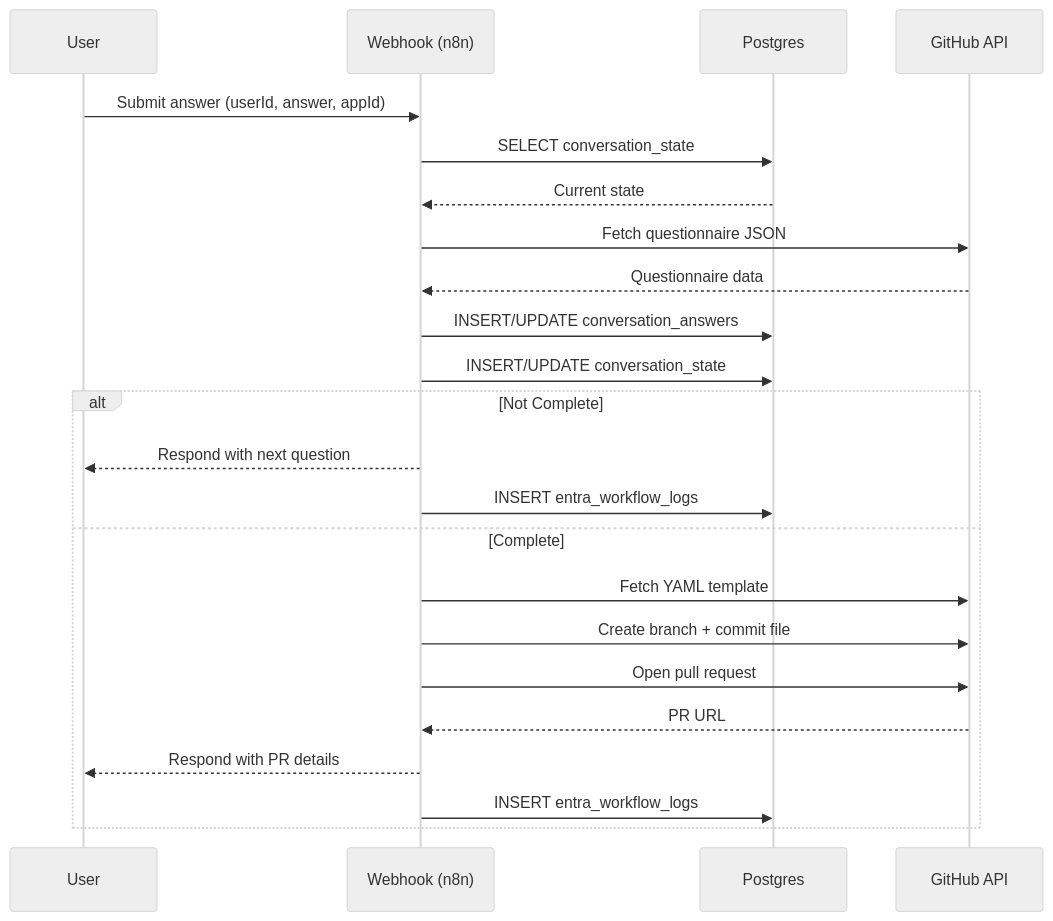
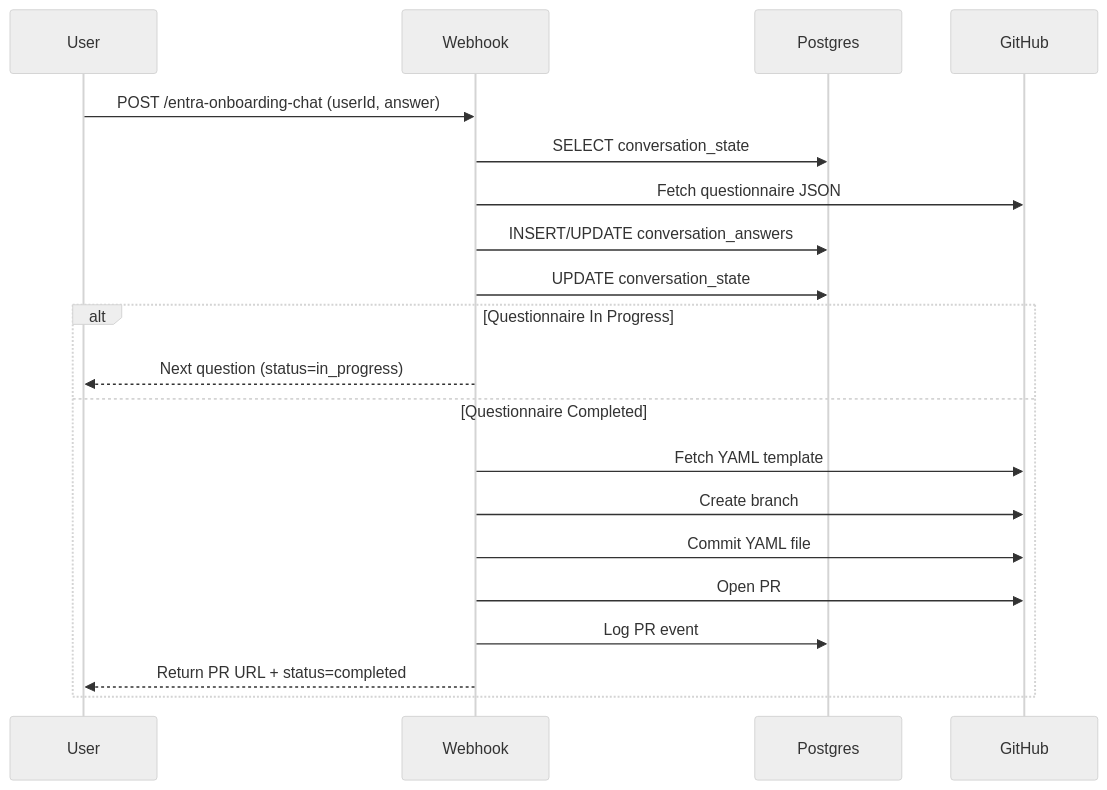
The second of 2 diagrams in docs/entra_onboarding_workflow_readme.md (GoyaAcademy/Entra-ID-Onboarding-Automation), drawn with Mermaid (neutral theme) before and after one commit. The commit also changed other lines of this file, not shown here.

````diff
--- a/docs/entra_onboarding_workflow_readme.md
+++ b/docs/entra_onboarding_workflow_readme.md
@@ -89,26 +108,23 @@
 ```mermaid
 sequenceDiagram
-  participant U as User
-  participant W as Webhook (n8n)
-  participant DB as Postgres
-  participant GH as GitHub API
+    participant User
+    participant Webhook
+    participant Postgres
+    participant GitHub
 
-  U->>W: Submit answer (userId, answer, appId)
-  W->>DB: SELECT conversation_state
-  DB-->>W: Current state
-  W->>GH: Fetch questionnaire JSON
-  GH-->>W: Questionnaire data
-  W->>DB: INSERT/UPDATE conversation_answers
-  W->>DB: INSERT/UPDATE conversation_state
-  alt Not Complete
-    W-->>U: Respond with next question
-    W->>DB: INSERT entra_workflow_logs
-  else Complete
-    W->>GH: Fetch YAML template
-    W->>GH: Create branch + commit file
-    W->>GH: Open pull request
-    GH-->>W: PR URL
-    W-->>U: Respond with PR details
-    W->>DB: INSERT entra_workflow_logs
-  end
+    User->>Webhook: POST /entra-onboarding-chat (userId, answer)
+    Webhook->>Postgres: SELECT conversation_state
+    Webhook->>GitHub: Fetch questionnaire JSON
+    Webhook->>Postgres: INSERT/UPDATE conversation_answers
+    Webhook->>Postgres: UPDATE conversation_state
+    alt Questionnaire In Progress
+        Webhook-->>User: Next question (status=in_progress)
+    else Questionnaire Completed
+        Webhook->>GitHub: Fetch YAML template
+        Webhook->>GitHub: Create branch
+        Webhook->>GitHub: Commit YAML file
+        Webhook->>GitHub: Open PR
+        Webhook->>Postgres: Log PR event
+        Webhook-->>User: Return PR URL + status=completed
+    end
 ```
````
